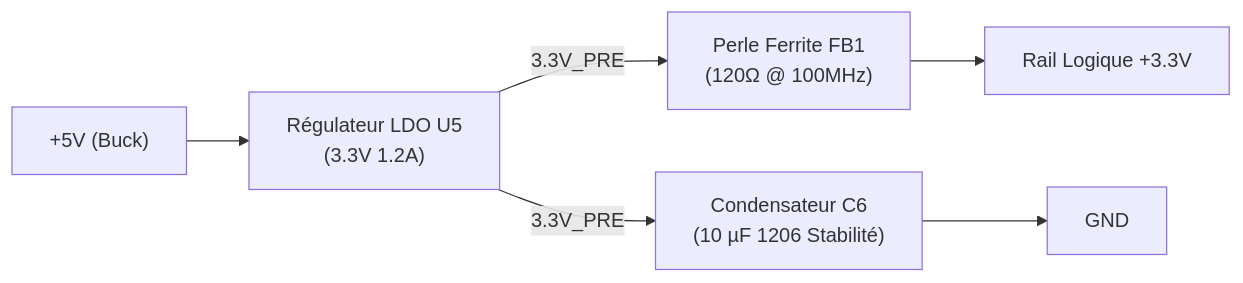
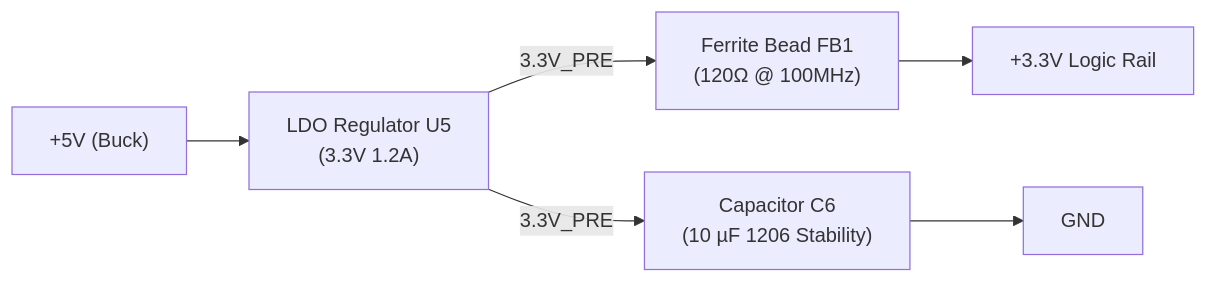
Before and after one commit to nitrogene/OBD2: the fourth of 13 diagrams in documents/hardware.md, drawn with Mermaid. The commit also changed other lines of this file and 20 other files, not shown here.

````diff
--- a/documents/hardware.md
+++ b/documents/hardware.md
@@ -195,18 +228,21 @@
 ```mermaid
 %%{init: {
   'themeVariables': {
     'fontFamily': 'Consolas, "Courier New", monospace',
     'fontSize': '12px'
   },
   'flowchart': {
     'curve': 'stepBefore',
     'nodeSpacing': 20,
     'rankSpacing': 30
   }
 }}%%
 flowchart LR
-    V5["+5V (Buck)"] --> U5["Régulateur LDO U5\n(3.3V 1.2A)"]
-    U5 -->|3.3V_PRE| FB1["Perle Ferrite FB1\n(120Ω @ 100MHz)"]
-    FB1 --> V33["Rail Logique +3.3V"]
-    U5 -->|3.3V_PRE| C6["Condensateur C6\n(10 µF 1206 Stabilité)"] --> GND["GND"]
+    V5["+5V (Buck)"] --> U5["LDO Regulator U5
+(3.3V 1.2A)"]
+    U5 -->|3.3V_PRE| FB1["Ferrite Bead FB1
+(120Ω @ 100MHz)"]
+    FB1 --> V33["+3.3V Logic Rail"]
+    U5 -->|3.3V_PRE| C6["Capacitor C6
+(10 µF 1206 Stability)"] --> GND["GND"]
 ```
````
